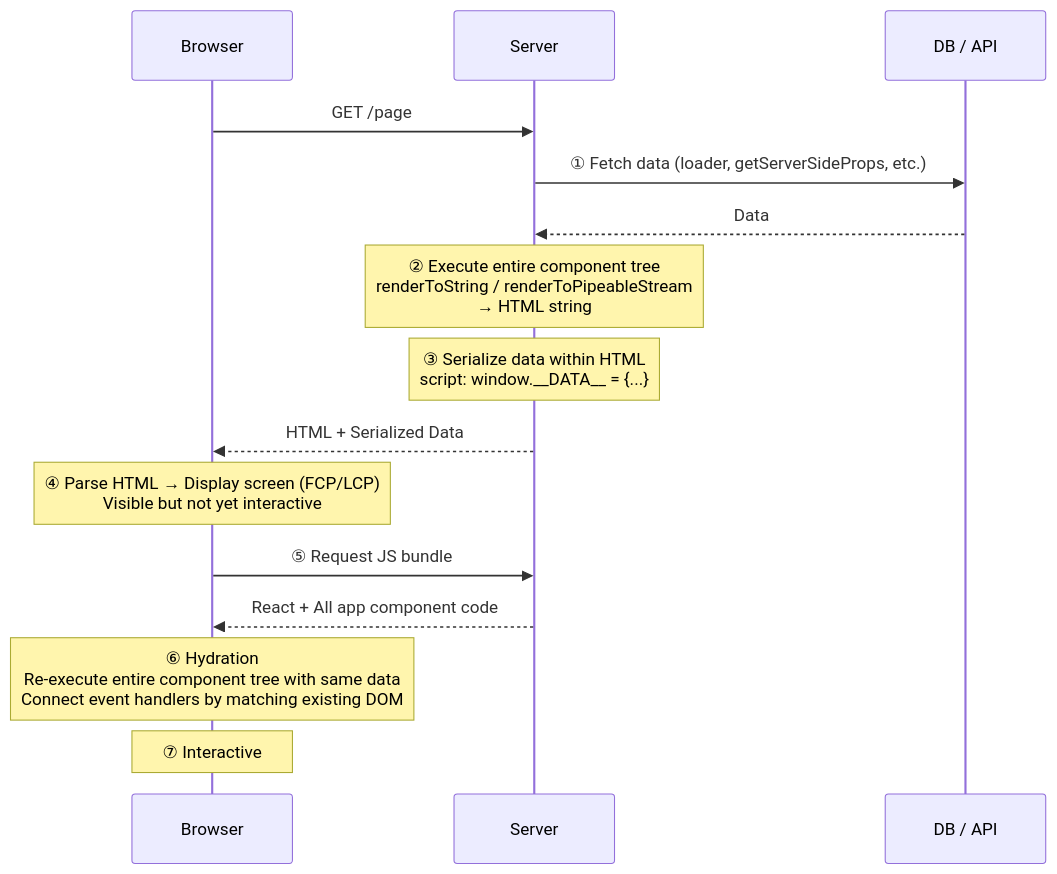
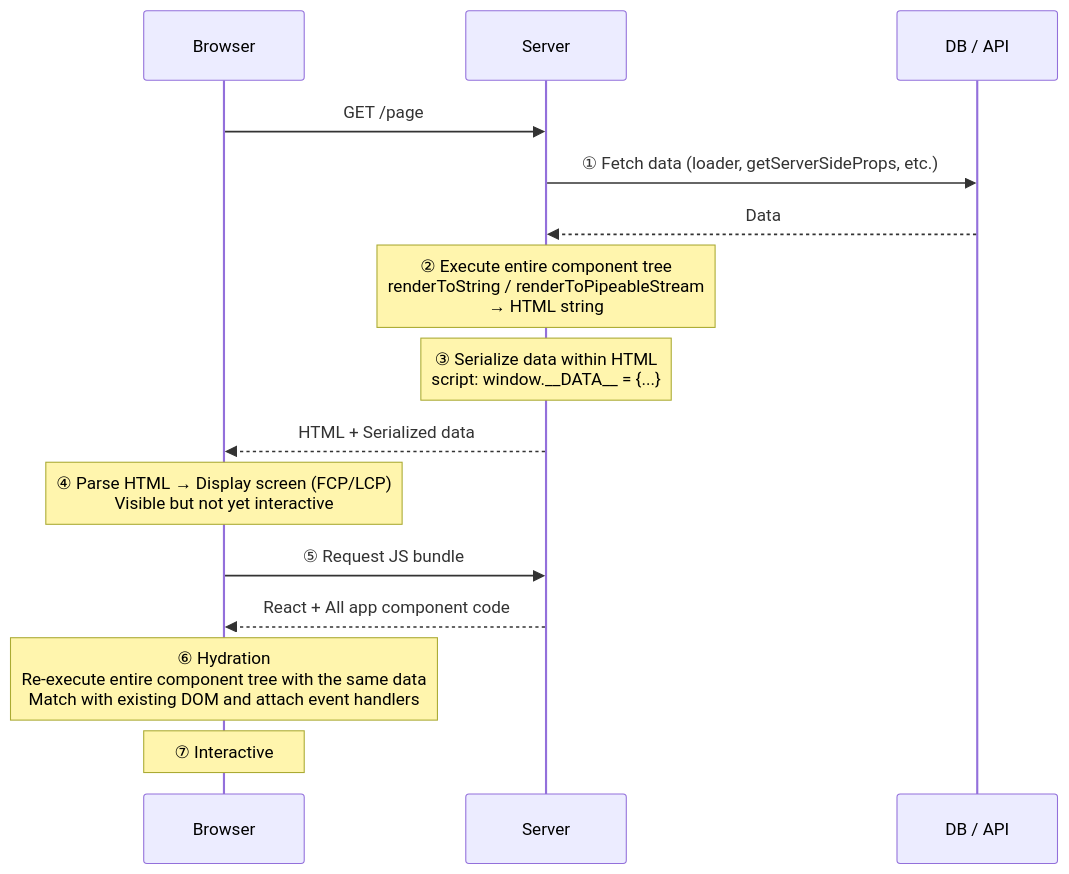
One commit to realstone2/jindol-blog changed the first of 3 diagrams in content/posts/en/3dbf43437bda803cb611d315ae79cdb3.mdx. Above: the diagram before and after it, drawn with Mermaid. The commit also changed other lines of this file and 2 other files, not shown here.

````diff
--- a/content/posts/en/3dbf43437bda803cb611d315ae79cdb3.mdx
+++ b/content/posts/en/3dbf43437bda803cb611d315ae79cdb3.mdx
@@ -25,18 +25,18 @@
 ```mermaid
 sequenceDiagram
   participant B as Browser
   participant S as Server
   participant API as DB / API
 
   B->>S: GET /page
   S->>API: ① Fetch data (loader, getServerSideProps, etc.)
   API-->>S: Data
   Note over S: ② Execute entire component tree<br/>renderToString / renderToPipeableStream<br/>→ HTML string
   Note over S: ③ Serialize data within HTML<br/>script: window.__DATA__ = {...}
-  S-->>B: HTML + Serialized Data
+  S-->>B: HTML + Serialized data
   Note over B: ④ Parse HTML → Display screen (FCP/LCP)<br/>Visible but not yet interactive
   B->>S: ⑤ Request JS bundle
   S-->>B: React + All app component code
-  Note over B: ⑥ Hydration<br/>Re-execute entire component tree with same data<br/>Connect event handlers by matching existing DOM
+  Note over B: ⑥ Hydration<br/>Re-execute entire component tree with the same data<br/>Match with existing DOM and attach event handlers
   Note over B: ⑦ Interactive
 ```
````
